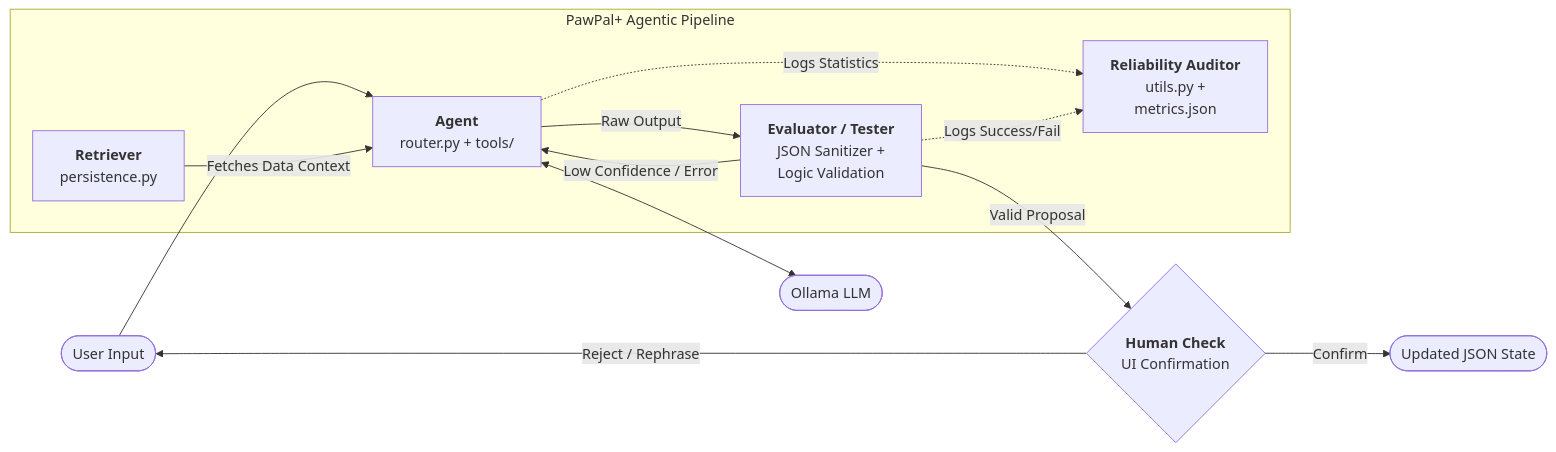
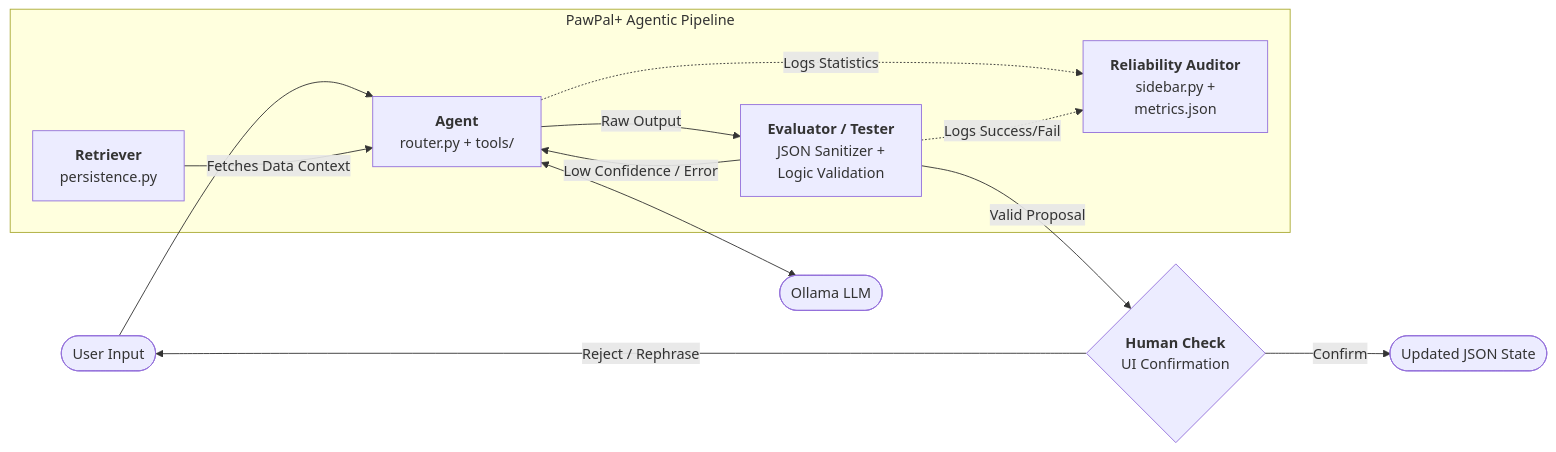
Before and after one commit to Mebsina/pawpal-ai-system-project: the fourth of 4 diagrams in README.md, drawn with Mermaid. The commit also changed other lines of this file and 8 other files, not shown here.

````diff
--- a/README.md
+++ b/README.md
@@ -182,24 +182,24 @@
 ```mermaid
 flowchart LR
     Input([User Input]) --> Agent
     
     subgraph System["PawPal+ Agentic Pipeline"]
         Agent["<b>Agent</b><br/>router.py + tools/"]
         Retriever["<b>Retriever</b><br/>persistence.py"]
         Evaluator["<b>Evaluator / Tester</b><br/>JSON Sanitizer +<br/>Logic Validation"]
-        Auditor["<b>Reliability Auditor</b><br/>utils.py +<br/>metrics.json"]
+        Auditor["<b>Reliability Auditor</b><br/>sidebar.py +<br/>metrics.json"]
     end
     
     Retriever -- "Fetches Data Context" --> Agent
     Agent <--> Ollama([Ollama LLM])
     Agent -- "Raw Output" --> Evaluator
     
     Evaluator -- "Low Confidence / Error" --> Agent
     Evaluator -- "Valid Proposal" --> HumanCheck{<b>Human Check</b><br/>UI Confirmation}
     
     HumanCheck -- "Confirm" --> State([Updated JSON State])
     HumanCheck -- "Reject / Rephrase" --> Input
-
+ 
     Agent -.->|"Logs Statistics"| Auditor
     Evaluator -.->|"Logs Success/Fail"| Auditor
 ```
````
